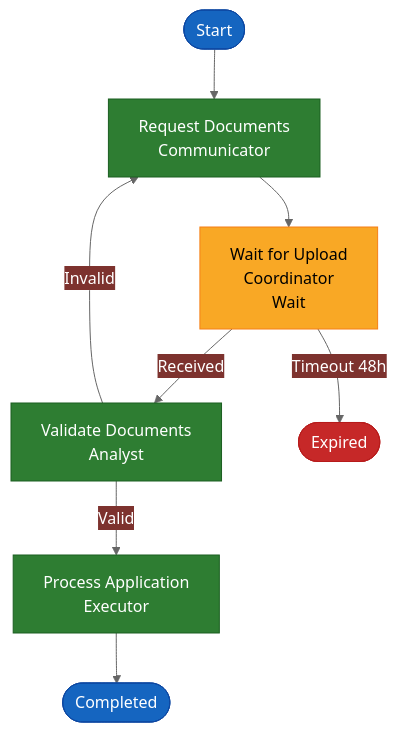
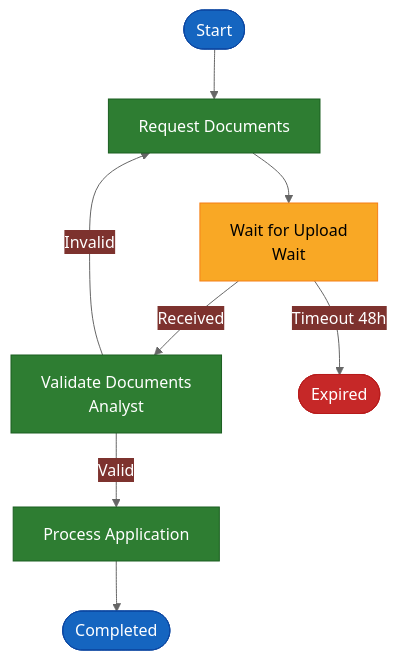
The sixth of 11 diagrams in docs/reference/visual-patterns.md (gcowin/approachable-workflows), drawn with Mermaid before and after one commit. The commit also changed other lines of this file and 58 other files, not shown here.

````diff
--- a/docs/reference/visual-patterns.md
+++ b/docs/reference/visual-patterns.md
@@ -244,19 +243,19 @@
 ```mermaid
 %%{init: {'theme':'base', 'themeVariables': {'primaryColor':'#2E7D32','primaryTextColor':'#fff','lineColor':'#666'}}}%%
 graph TD
-    Start([Start]) --> A[Request Documents<br/>Communicator]
-    A --> B[Wait for Upload<br/>Coordinator<br/>Wait]
+    Start([Start]) --> A[Request Documents]
+    A --> B[Wait for Upload<br/>Wait]
     B -->|Received| C[Validate Documents<br/>Analyst]
     B -->|Timeout 48h| D([Expired])
-    C -->|Valid| E[Process Application<br/>Executor]
+    C -->|Valid| E[Process Application]
     C -->|Invalid| A
     E --> F([Completed])
     
     style Start fill:#1565C0,stroke:#0D47A1,color:#fff
     style A fill:#2E7D32,stroke:#1B5E20,color:#fff
     style B fill:#F9A825,stroke:#F57F17,color:#000
     style C fill:#2E7D32,stroke:#1B5E20,color:#fff
     style D fill:#C62828,stroke:#B71C1C,color:#fff
     style E fill:#2E7D32,stroke:#1B5E20,color:#fff
     style F fill:#1565C0,stroke:#0D47A1,color:#fff
 ```
````
